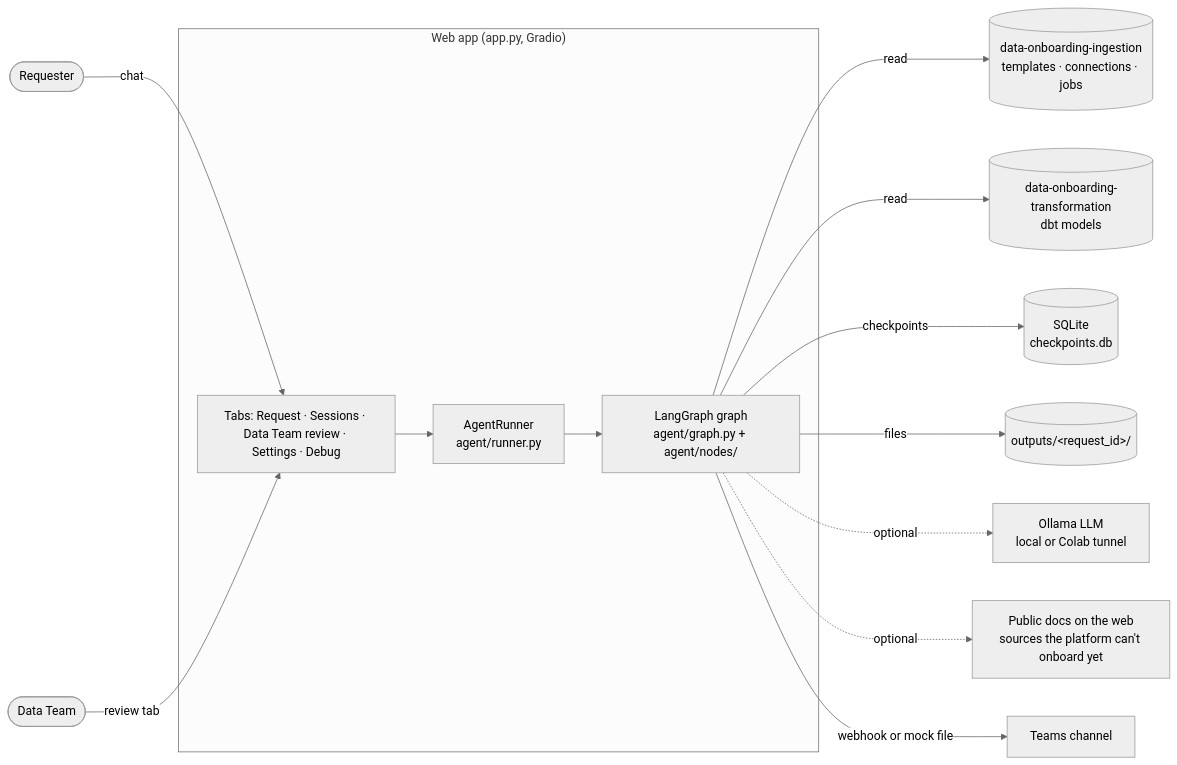
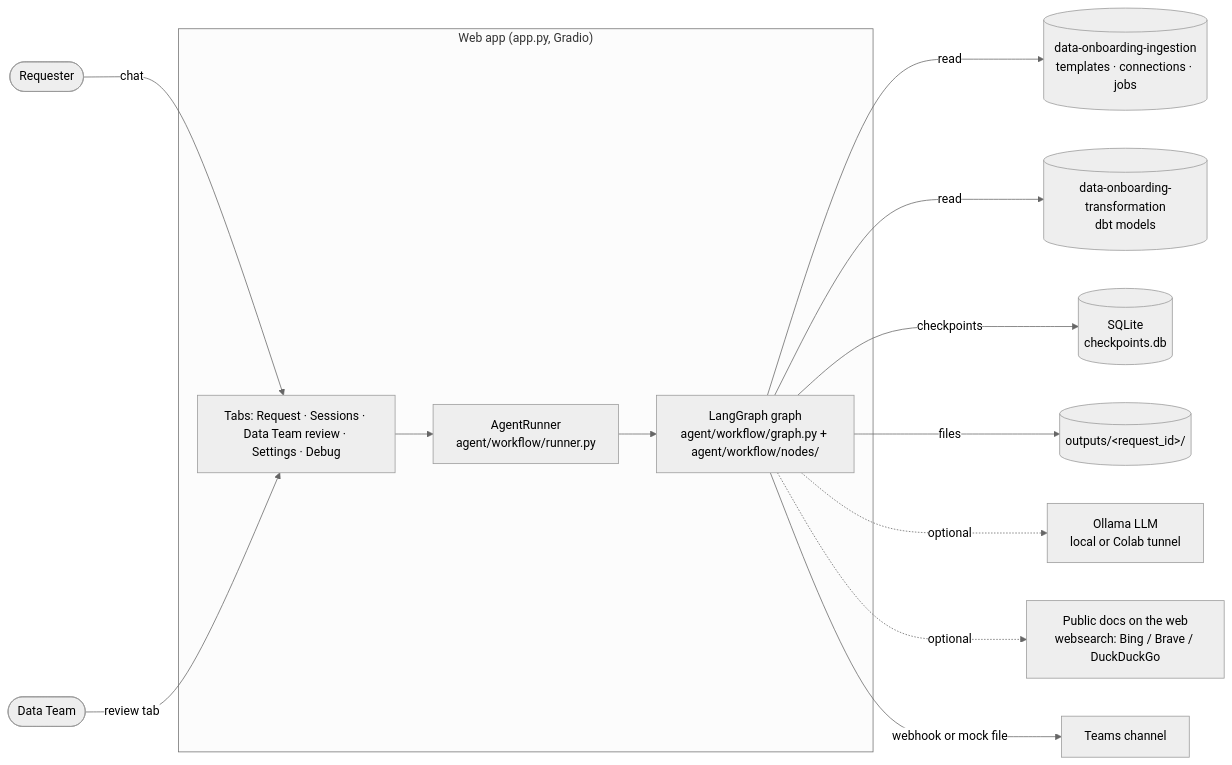
Before and after one commit to thanhphat2609/data-onboarding-agent: the first of 2 diagrams in docs/ARCHITECTURE.md, drawn with Mermaid (neutral theme). The commit also changed other lines of this file and 75 other files, not shown here.

First line of the commit message:
Port web-search-mcp to Python and reorganise agent/ into functional folders

````diff
--- a/docs/ARCHITECTURE.md
+++ b/docs/ARCHITECTURE.md
@@ -7,18 +7,18 @@
 ```mermaid
 flowchart LR
     R([Requester]) -- chat --> UI
     DT([Data Team]) -- review tab --> UI
     subgraph App["Web app (app.py, Gradio)"]
         UI[Tabs: Request · Sessions · Data Team review · Settings · Debug]
-        RUN[AgentRunner<br/>agent/runner.py]
-        G[LangGraph graph<br/>agent/graph.py + agent/nodes/]
+        RUN[AgentRunner<br/>agent/workflow/runner.py]
+        G[LangGraph graph<br/>agent/workflow/graph.py + agent/workflow/nodes/]
         UI --> RUN --> G
     end
     G -- read --> ING[(data-onboarding-ingestion<br/>templates · connections · jobs)]
     G -- read --> TRF[(data-onboarding-transformation<br/>dbt models)]
     G -- checkpoints --> DB[(SQLite<br/>checkpoints.db)]
     G -- files --> OUT[(outputs/&lt;request_id&gt;/)]
     G -. optional .-> LLM[Ollama LLM<br/>local or Colab tunnel]
-    G -. optional .-> WEB[Public docs on the web<br/>sources the platform can't onboard yet]
+    G -. optional .-> WEB[Public docs on the web<br/>websearch: Bing / Brave / DuckDuckGo]
     G -- webhook or mock file --> T[Teams channel]
 ```
````
